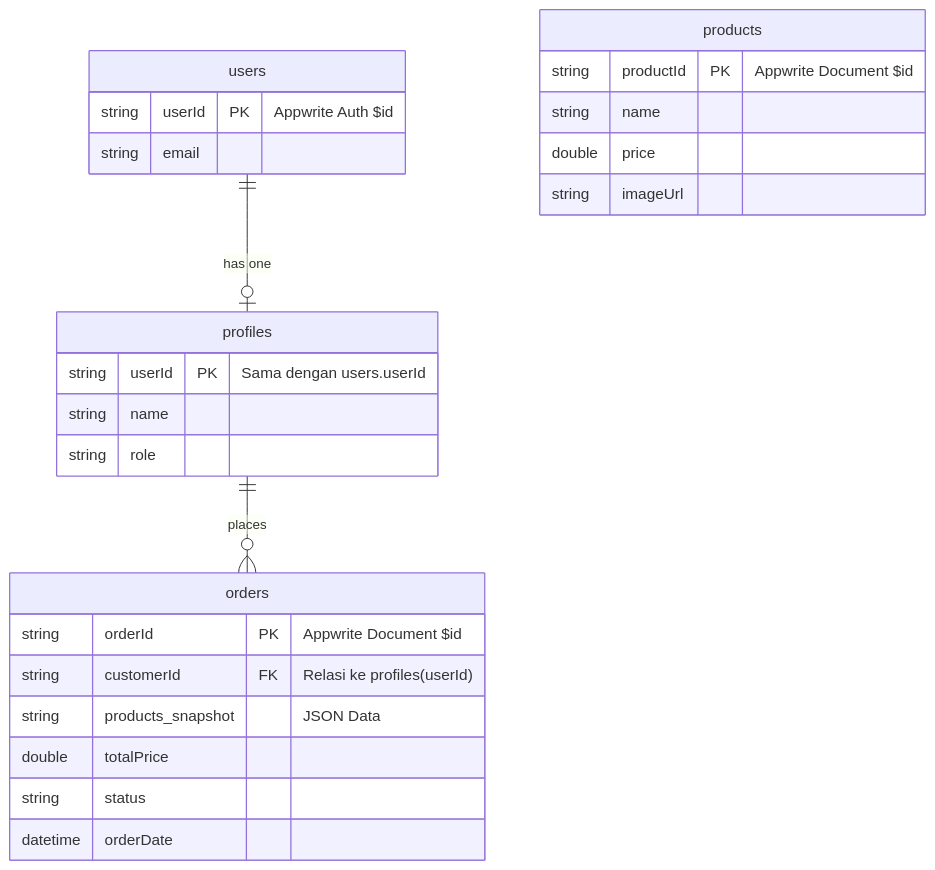
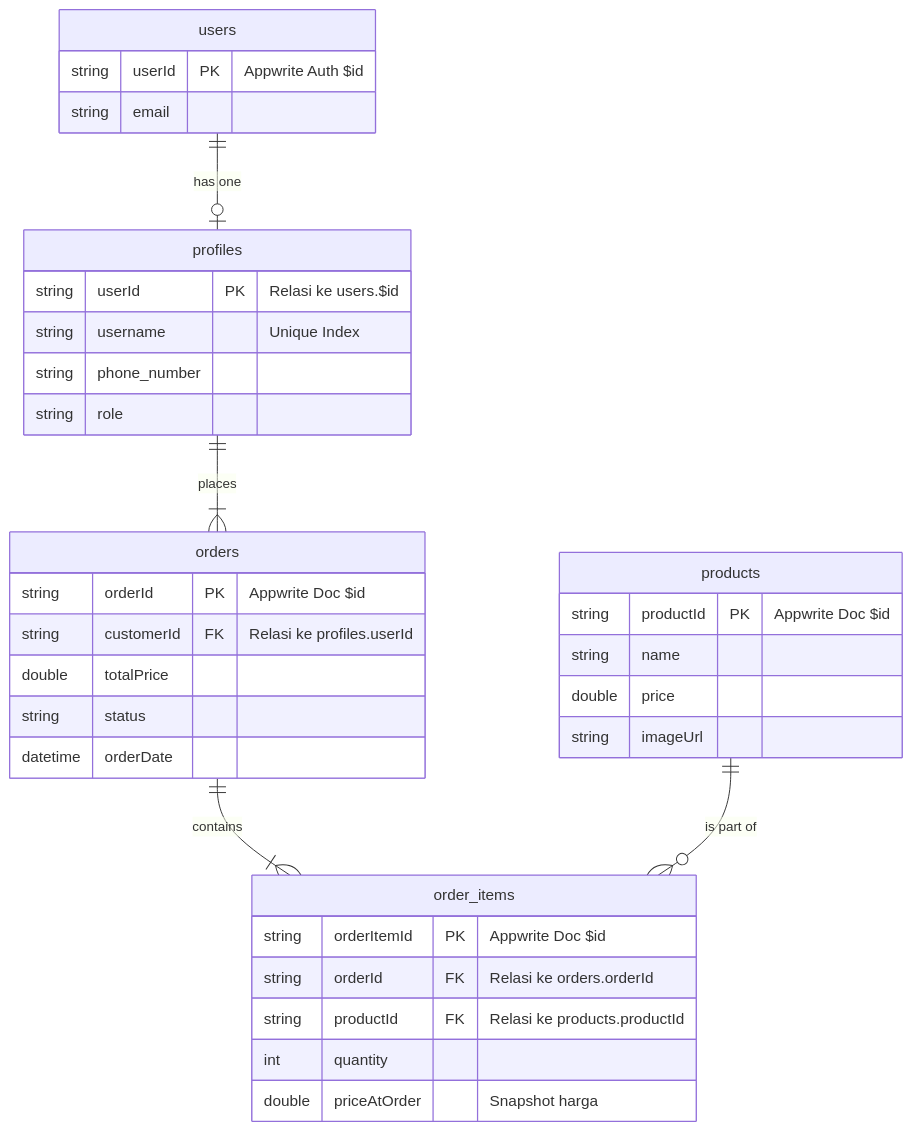
Before and after one commit to azharmlnf/aplikasi-pemesanan-ayam-potong: the diagram in dokumen-srs-Azhar-221240001263.md, drawn with Mermaid. The commit also changed other lines of this file and 1 other file, not shown here.

````diff
--- a/dokumen-srs-Azhar-221240001263.md
+++ b/dokumen-srs-Azhar-221240001263.md
@@ -185,32 +174,42 @@
 ```mermaid
 erDiagram
     users {
         string userId PK "Appwrite Auth $id"
         string email
     }
 
     profiles {
-        string userId PK "Sama dengan users.userId"
-        string name
+        string userId PK "Relasi ke users.$id"
+        string username "Unique Index"
+        string phone_number
         string role
     }
 
     products {
-        string productId PK "Appwrite Document $id"
+        string productId PK "Appwrite Doc $id"
         string name
         double price
         string imageUrl
     }
 
     orders {
-        string orderId PK "Appwrite Document $id"
-        string customerId FK "Relasi ke profiles(userId)"
-        string products_snapshot "JSON Data"
+        string orderId PK "Appwrite Doc $id"
+        string customerId FK "Relasi ke profiles.userId"
         double totalPrice
         string status
         datetime orderDate
     }
 
+    order_items {
+        string orderItemId PK "Appwrite Doc $id"
+        string orderId FK "Relasi ke orders.orderId"
+        string productId FK "Relasi ke products.productId"
+        int quantity
+        double priceAtOrder "Snapshot harga"
+    }
+
     users ||--o| profiles : "has one"
-    profiles ||--o{ orders : "places"
+    profiles ||--|{ orders : "places"
+    orders ||--|{ order_items : "contains"
+    products ||--o{ order_items : "is part of"
 ```
````
